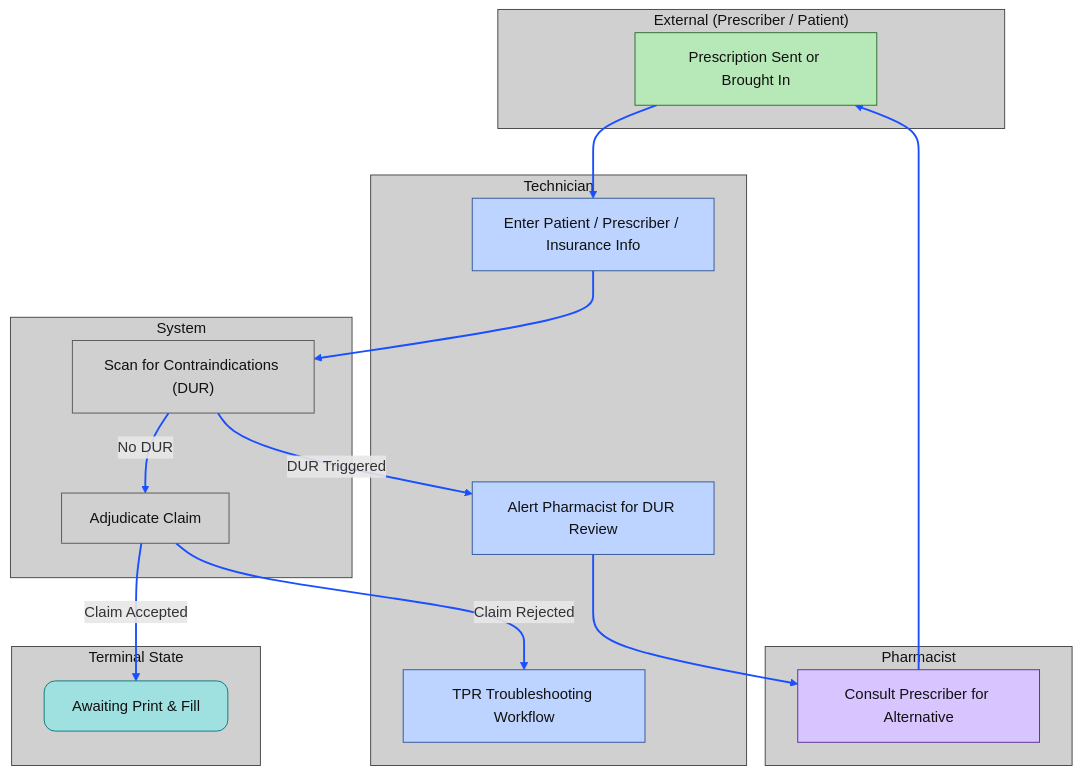
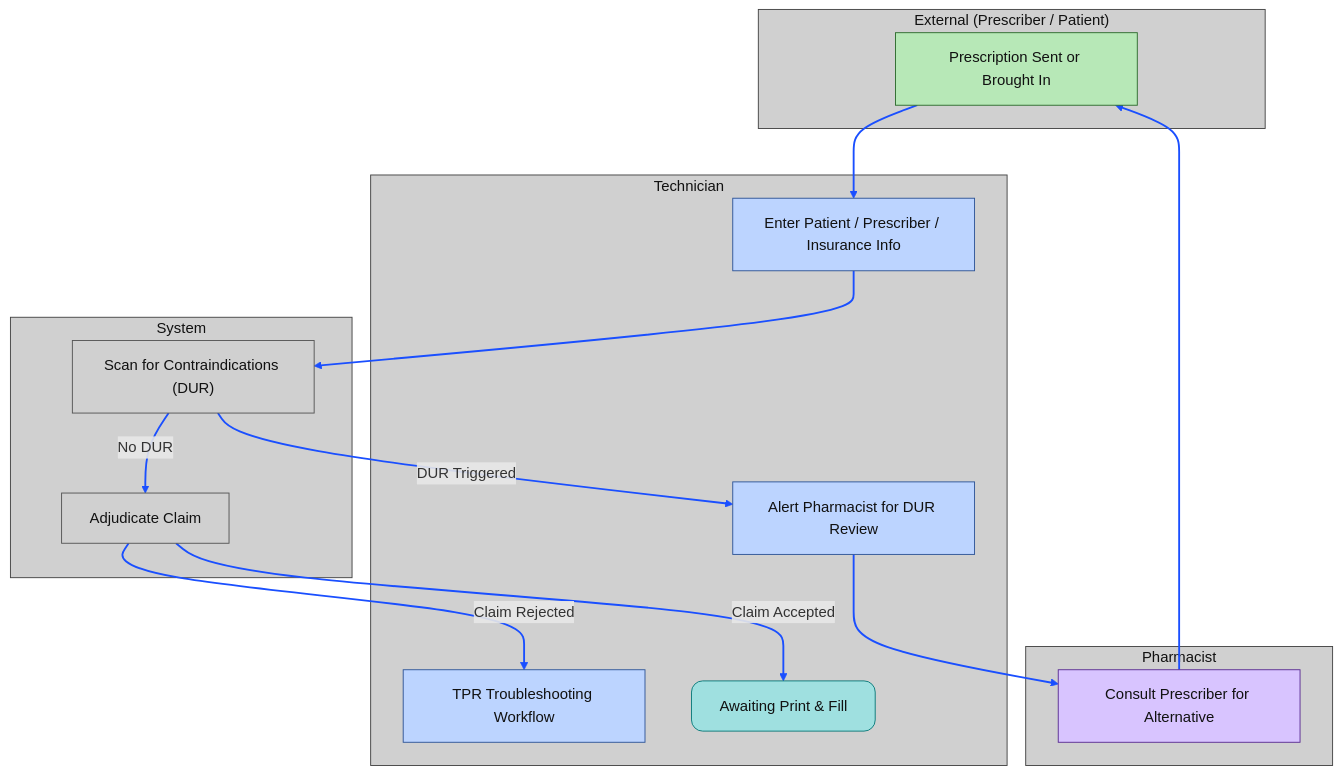
The first of 2 diagrams in core_operations.md (ctnava/rxtechnotes), drawn with Mermaid before and after one commit.

Commit message:
move term to tech

````diff
--- a/core_operations.md
+++ b/core_operations.md
@@ -180,59 +180,55 @@
 ```mermaid
 flowchart TD
 
 %% =========================
 %% STYLE DEFINITIONS
 %% =========================
 linkStyle default stroke:#1a4fff,stroke-width:2px
 classDef lane fill:#d0d0d0,stroke:#444,stroke-width:1px,color:#111
 classDef external fill:#b7e8b7,stroke:#2d6b2d,stroke-width:1px,color:#111
 classDef tech fill:#bcd4ff,stroke:#2f5597,stroke-width:1px,color:#111
 classDef pharm fill:#d8c4ff,stroke:#5a2d91,stroke-width:1px,color:#111
 classDef system fill:#d0d0d0,stroke:#555,stroke-width:1px,color:#111
 classDef terminator fill:#9fe0e0,stroke:#0a7a7a,stroke-width:1px,rx:12,ry:12,color:#111
 classDef decision fill:#ffe98a,stroke:#b58a00,stroke-width:1px,rx:4,ry:4,color:#111
 
 %% =========================
 %% SWIMLANES
 %% =========================
 
 subgraph EXT["External (Prescriber / Patient)"]
     H1["Prescription Sent or Brought In"]:::external
 end
 class EXT lane
 
 subgraph TECH["Technician"]
     T1["Enter Patient / Prescriber / Insurance Info"]:::tech
     T2["TPR Troubleshooting Workflow"]:::tech
     T3["Alert Pharmacist for DUR Review"]:::tech
+    T4["Awaiting Print & Fill"]:::terminator
 end
 class TECH lane
 
 subgraph SYS["System"]
     S1["Scan for Contraindications (DUR)"]:::system
     S2["Adjudicate Claim"]:::system
 end
 class SYS lane
 
 subgraph PHARM["Pharmacist"]
     P1["Consult Prescriber for Alternative"]:::pharm
 end
 class PHARM lane
 
-subgraph TERM["Terminal State"]
-    Z1["Awaiting Print & Fill"]:::terminator
-end
-class TERM lane
-
 %% =========================
 %% FLOW
 %% =========================
 
 H1 --> T1 --> S1
 
 S1 -->|DUR Triggered| T3 --> P1 --> H1
 S1 -->|No DUR| S2
 
-S2 -->|Claim Accepted| Z1
+S2 -->|Claim Accepted| T4
 S2 -->|Claim Rejected| T2
 ```
````
